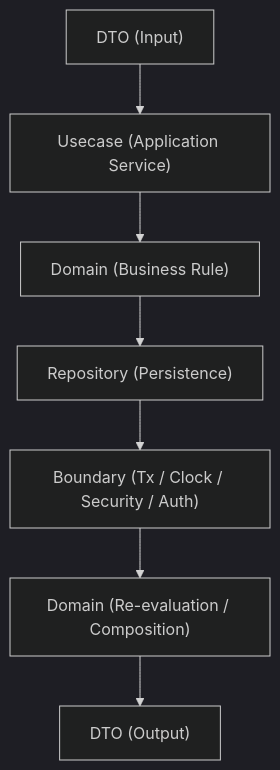
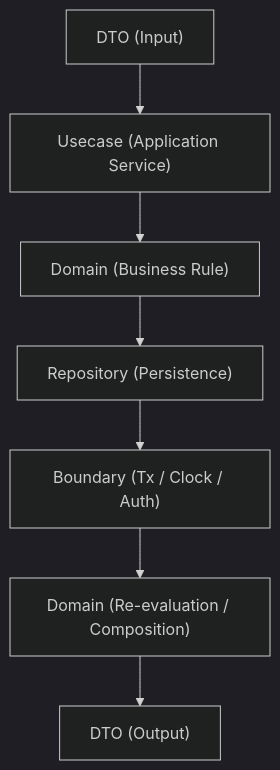
The first of 12 diagrams in internal/usecase/README.ja.md (Tomy-ch/go-boilerplate), drawn with Mermaid (dark theme) before and after one commit. The commit also changed other lines of this file and 47 other files, not shown here.

````diff
--- a/internal/usecase/README.ja.md
+++ b/internal/usecase/README.ja.md
@@ -17,18 +17,18 @@
 ```mermaid
 flowchart TB
 
     DTO_in["DTO (Input)"]
     Usecase["Usecase (Application Service)"]
     Domain1["Domain (Business Rule)"]
     Repo["Repository (Persistence)"]
-    Boundary["Boundary (Tx / Clock / Security / Auth)"]
+    Boundary["Boundary (Tx / Clock / Auth)"]
     Domain2["Domain (Re-evaluation / Composition)"]
     DTO_out["DTO (Output)"]
 
     DTO_in --> Usecase
     Usecase --> Domain1
     Domain1 --> Repo
     Repo --> Boundary
     Boundary --> Domain2
     Domain2 --> DTO_out
 ```
````
